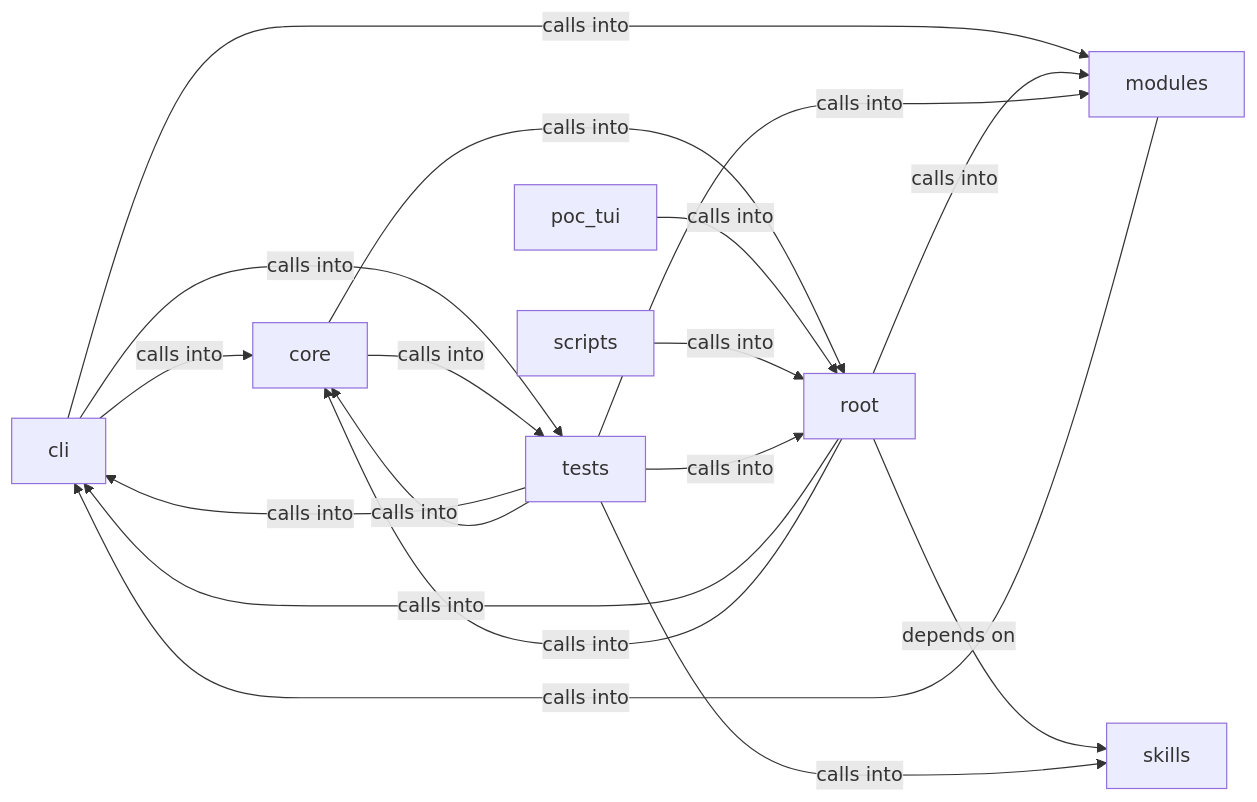
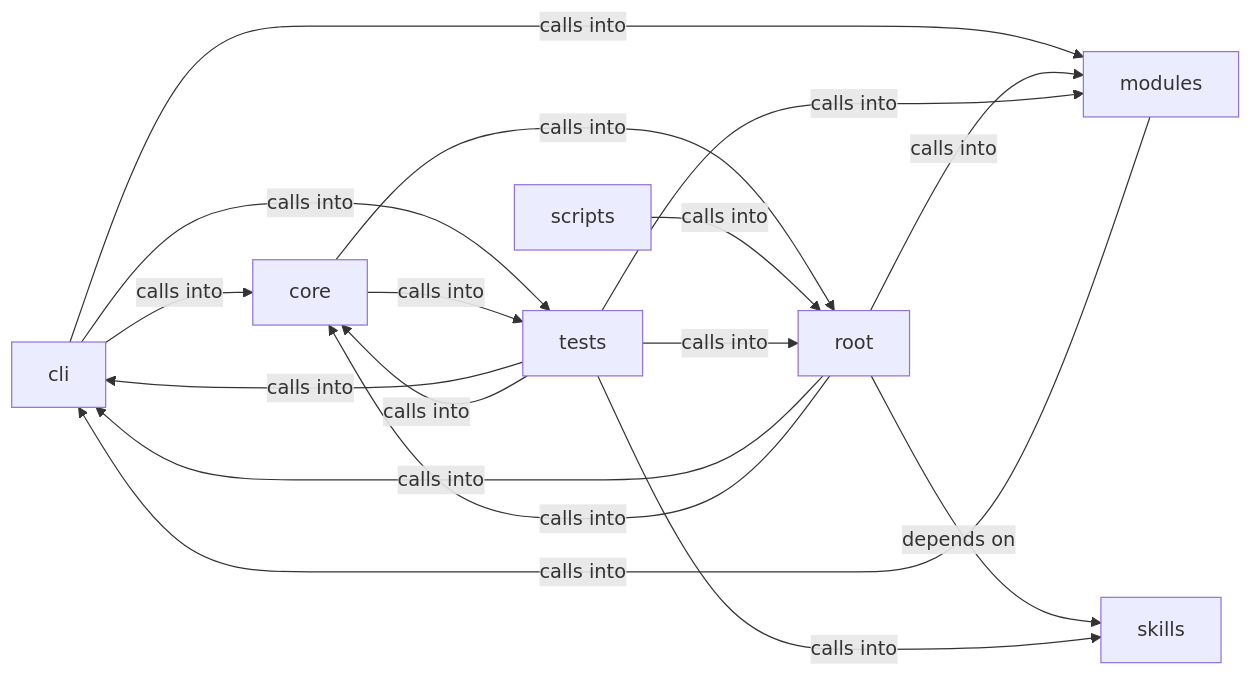
The diagram in readmenator-diagrams/cli.md (grisuno/LazyOwn), drawn with Mermaid before and after one commit. The commit also changed other lines of this file and 415 other files, not shown here.

````diff
--- a/readmenator-diagrams/cli.md
+++ b/readmenator-diagrams/cli.md
@@ -5,28 +5,26 @@
 ```mermaid
 graph LR
     cli["cli"]
     core["core"]
     modules["modules"]
-    poc_tui["poc_tui"]
     root["root"]
     scripts["scripts"]
     skills["skills"]
     tests["tests"]
     cli -- "calls into" --> core
     cli -- "calls into" --> modules
     cli -- "calls into" --> tests
     core -- "calls into" --> root
     core -- "calls into" --> tests
     modules -- "calls into" --> cli
-    poc_tui -- "calls into" --> root
     root -- "calls into" --> cli
     root -- "calls into" --> core
     root -- "calls into" --> modules
     root -- "depends on" --> skills
     scripts -- "calls into" --> root
     tests -- "calls into" --> cli
     tests -- "calls into" --> core
     tests -- "calls into" --> modules
     tests -- "calls into" --> root
     tests -- "calls into" --> skills
 ```
````
